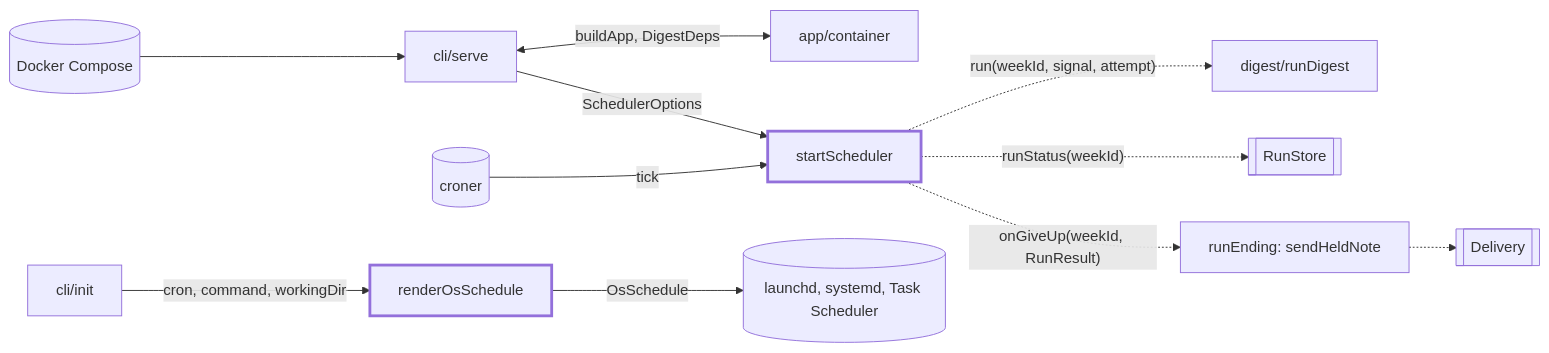
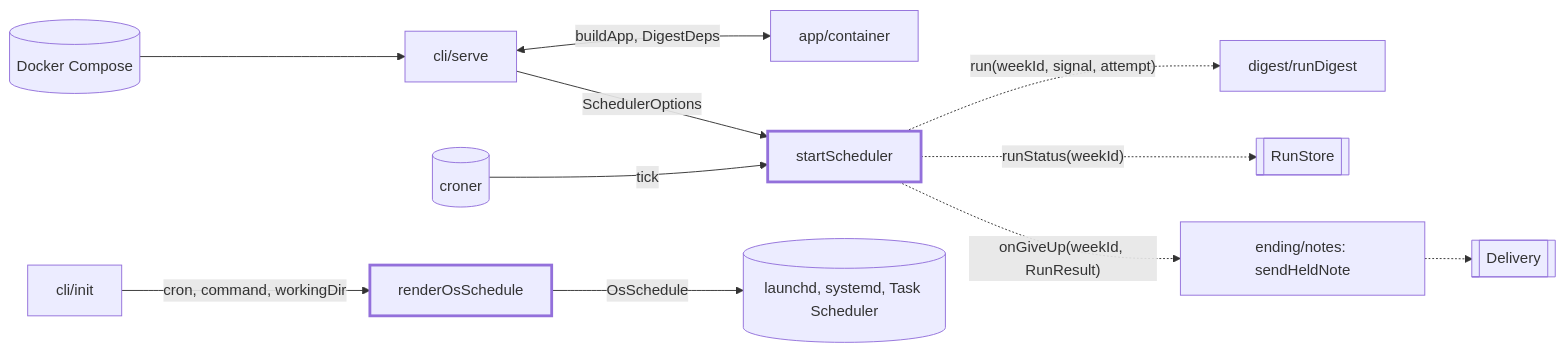
One commit to odere-pro/weekly-engineering-digest-agent changed the first of 2 diagrams in src/scheduler/CLAUDE.md. Above: the diagram before and after it, drawn with Mermaid. The commit also changed other lines of this file and 119 other files, not shown here.

````diff
--- a/src/scheduler/CLAUDE.md
+++ b/src/scheduler/CLAUDE.md
@@ -10,13 +10,12 @@
 ```mermaid
 flowchart LR
-  compose[("Docker Compose")] --> serve["cli/serve"]
-  serve <-->|"buildApp, DigestDeps"| container["app/container"]
+  compose[("Docker Compose")] --> serve["cli/serve"] <-->|"buildApp, DigestDeps"| container["app/container"]
   serve -->|"SchedulerOptions"| sched["startScheduler"]:::focus
   cron[("croner")] -->|"tick"| sched
   sched -.->|"run(weekId, signal, attempt)"| runDigest["digest/runDigest"]
   sched -.->|"runStatus(weekId)"| store[[RunStore]]
-  sched -.->|"onGiveUp(weekId, RunResult)"| held["runEnding: sendHeldNote"] -.-> delivery[[Delivery]]
+  sched -.->|"onGiveUp(weekId, RunResult)"| held["ending/notes: sendHeldNote"] -.-> delivery[[Delivery]]
   init["cli/init"] -->|"cron, command, workingDir"| os["renderOsSchedule"]:::focus
   os -->|"OsSchedule"| host[("launchd, systemd, Task Scheduler")]
   classDef focus stroke-width:3px
 ```
````
